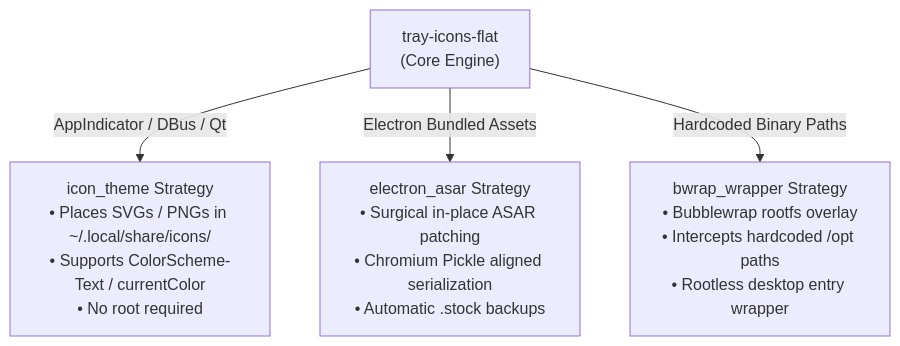
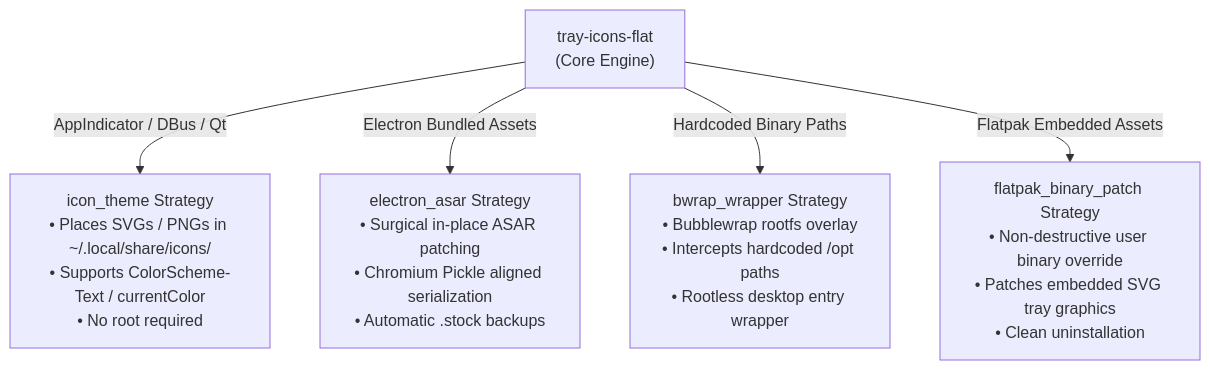
Before and after one commit to Locoxella/tray-icons-flat: the diagram in README.md, drawn with Mermaid. The commit also changed other lines of this file and 4 other files, not shown here.

Commit message:
docs: sync strategy inventory, resolve contradictions, and document flatpak_binary_patch

````diff
--- a/README.md
+++ b/README.md
@@ -122,8 +124,9 @@
 ```mermaid
 flowchart TD
     Engine["tray-icons-flat<br/>(Core Engine)"]
 
     Engine -->|AppIndicator / DBus / Qt| Theme["icon_theme Strategy<br/>• Places SVGs / PNGs in ~/.local/share/icons/<br/>• Supports ColorScheme-Text / currentColor<br/>• No root required"]
     Engine -->|Electron Bundled Assets| Asar["electron_asar Strategy<br/>• Surgical in-place ASAR patching<br/>• Chromium Pickle aligned serialization<br/>• Automatic .stock backups"]
     Engine -->|Hardcoded Binary Paths| Bwrap["bwrap_wrapper Strategy<br/>• Bubblewrap rootfs overlay<br/>• Intercepts hardcoded /opt paths<br/>• Rootless desktop entry wrapper"]
+    Engine -->|Flatpak Embedded Assets| Flatpak["flatpak_binary_patch Strategy<br/>• Non-destructive user binary override<br/>• Patches embedded SVG tray graphics<br/>• Clean uninstallation"]
 ```
````
